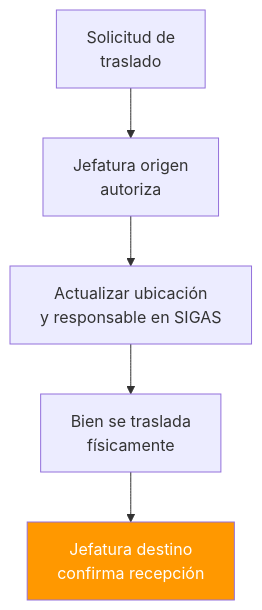
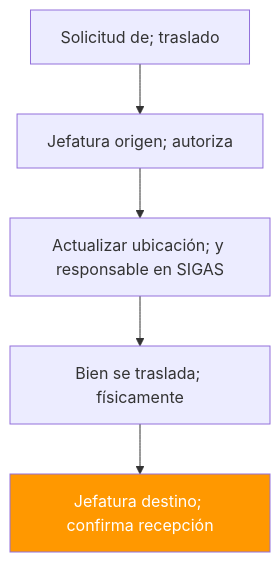
Before and after one commit to felix-antonio-sl/kora: the ninth of 12 diagrams in drafts/gn/bpmn/bpmn-d05-inventarios-activo-fijo.md, drawn with Mermaid. The commit also changed other lines of this file and 265 other files, not shown here.

````diff
--- a/drafts/gn/bpmn/bpmn-d05-inventarios-activo-fijo.md
+++ b/drafts/gn/bpmn/bpmn-d05-inventarios-activo-fijo.md
@@ -200,8 +226,9 @@
 ```mermaid
 flowchart TD
-    A["Solicitud de<br/>traslado"] --> B["Jefatura origen<br/>autoriza"]
-    B --> C["Actualizar ubicación<br/>y responsable en SIGAS"]
-    C --> D["Bien se traslada<br/>físicamente"]
-    D --> E["Jefatura destino<br/>confirma recepción"]
-    style E fill:#FF9800,color:#fff
+ A["Solicitud de; traslado"] --> B["Jefatura origen; autoriza"]
+ B --> C["Actualizar ubicación; y responsable en SIGAS"]
+ C --> D["Bien se traslada; físicamente"]
+ D --> E["Jefatura destino; confirma recepción"]
+
+ style E fill:#FF9800,color:#fff
 ```
````
